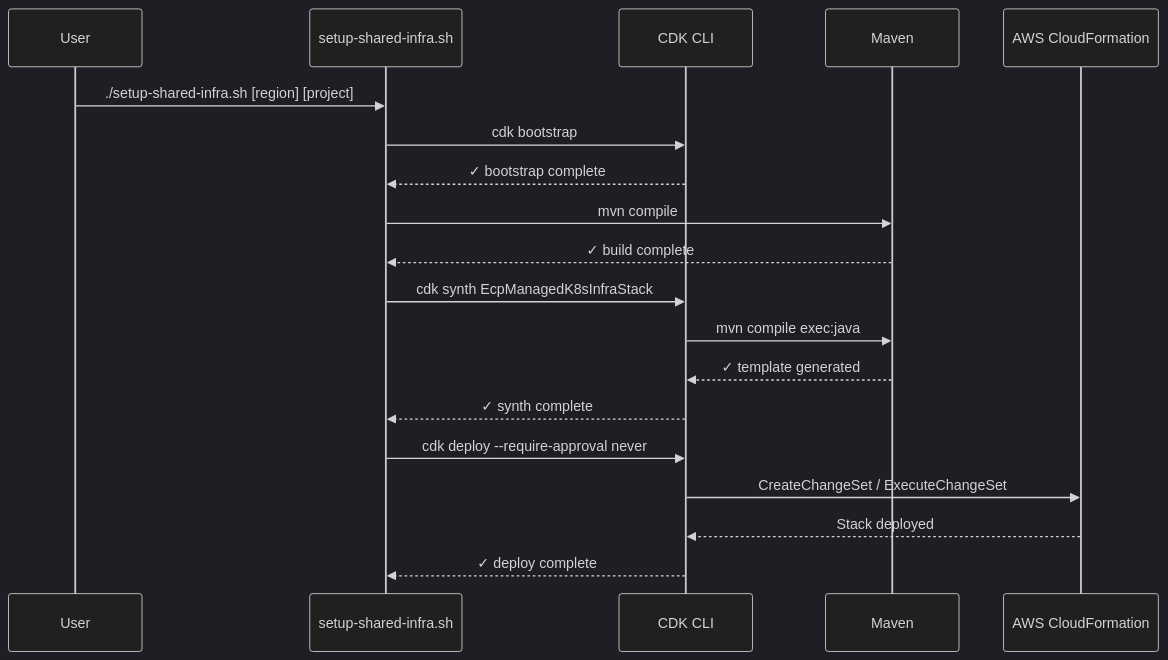
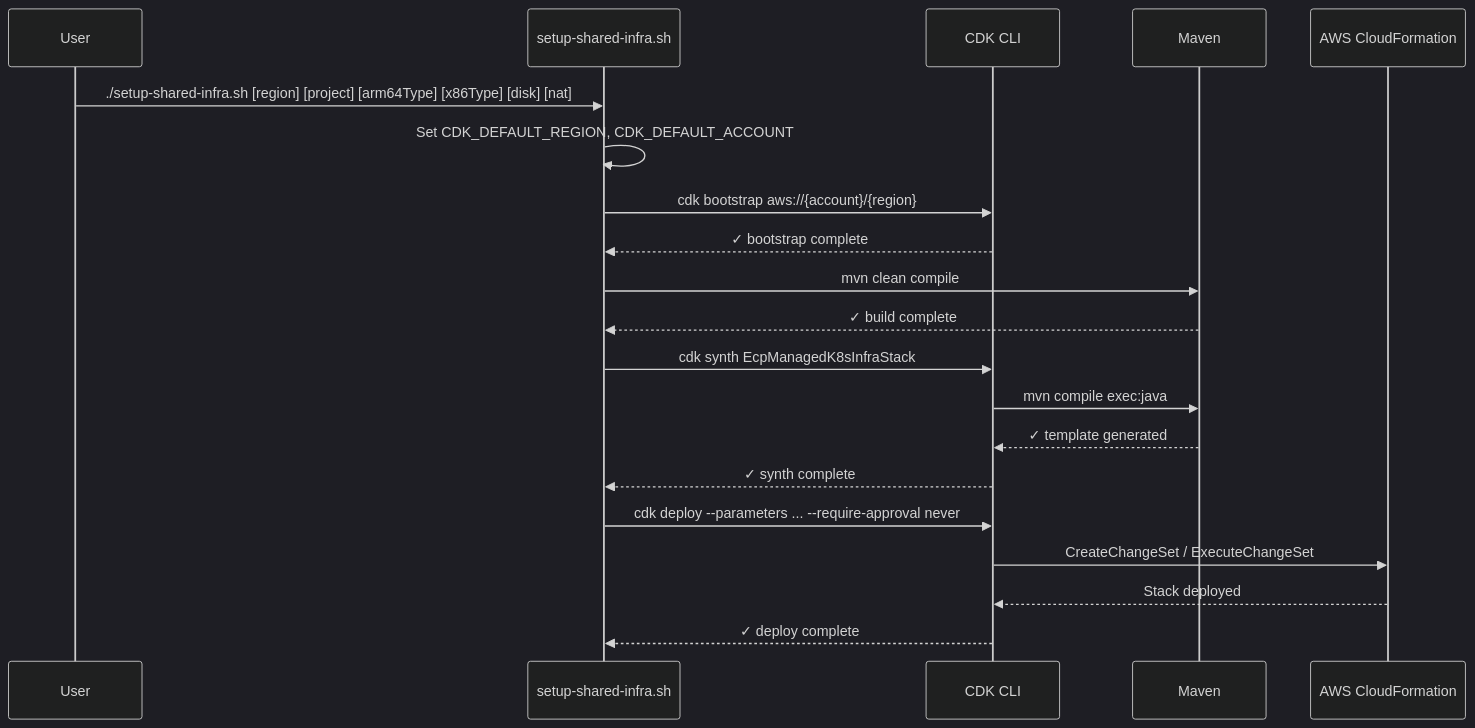
The first of 5 diagrams in .agents/summary/workflows.md (codriverlabs/express-compute-managed-k8s-infra), drawn with Mermaid (dark theme) before and after one commit. The commit also changed other lines of this file and 9 other files, not shown here.

````diff
--- a/.agents/summary/workflows.md
+++ b/.agents/summary/workflows.md
@@ -5,22 +5,23 @@
 ```mermaid
 sequenceDiagram
     participant User
     participant Script as setup-shared-infra.sh
     participant CDK as CDK CLI
     participant Maven
     participant AWS as AWS CloudFormation
 
-    User->>Script: ./setup-shared-infra.sh [region] [project]
-    Script->>CDK: cdk bootstrap
+    User->>Script: ./setup-shared-infra.sh [region] [project] [arm64Type] [x86Type] [disk] [nat]
+    Script->>Script: Set CDK_DEFAULT_REGION, CDK_DEFAULT_ACCOUNT
+    Script->>CDK: cdk bootstrap aws://{account}/{region}
     CDK-->>Script: ✓ bootstrap complete
-    Script->>Maven: mvn compile
+    Script->>Maven: mvn clean compile
     Maven-->>Script: ✓ build complete
     Script->>CDK: cdk synth EcpManagedK8sInfraStack
     CDK->>Maven: mvn compile exec:java
     Maven-->>CDK: ✓ template generated
     CDK-->>Script: ✓ synth complete
-    Script->>CDK: cdk deploy --require-approval never
+    Script->>CDK: cdk deploy --parameters ... --require-approval never
     CDK->>AWS: CreateChangeSet / ExecuteChangeSet
     AWS-->>CDK: Stack deployed
     CDK-->>Script: ✓ deploy complete
 ```
````
